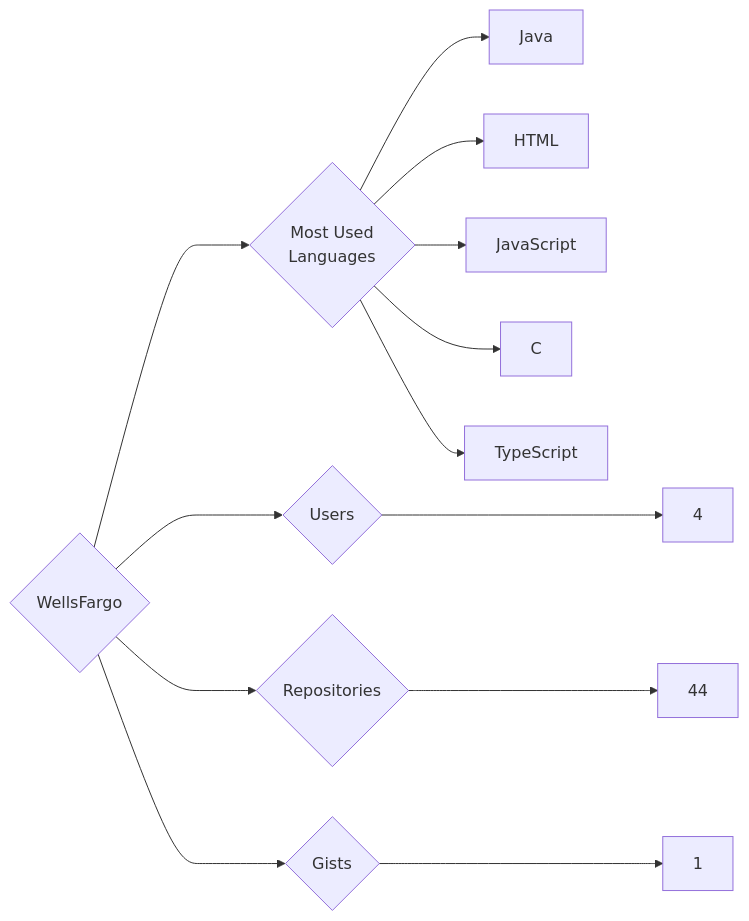
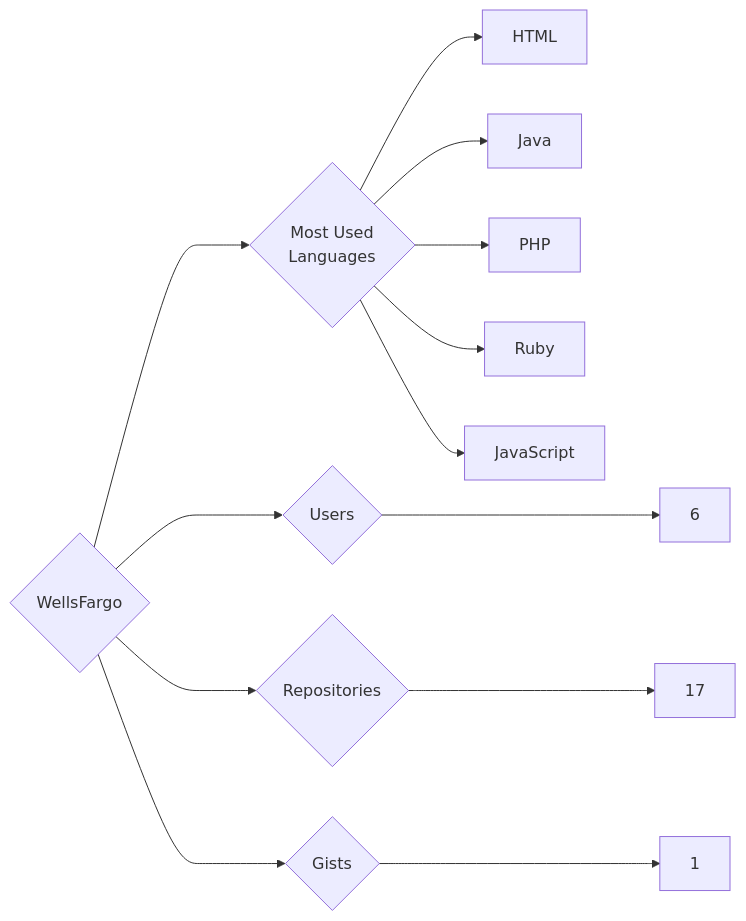
One commit to trickest/insiders changed the diagram in targets/WellsFargo/README.md. Above: the diagram before and after it, drawn with Mermaid. The commit also changed 886 other files, not shown here.

````diff
--- a/targets/WellsFargo/README.md
+++ b/targets/WellsFargo/README.md
@@ -3,13 +3,13 @@
 ```mermaid
 graph LR
 COMPANY_NAME{WellsFargo}
-COMPANY_NAME ---> U{Users} ---> UN[4]
-COMPANY_NAME ---> R{Repositories} ---> RN[44]
+COMPANY_NAME ---> U{Users} ---> UN[6]
+COMPANY_NAME ---> R{Repositories} ---> RN[17]
 COMPANY_NAME ---> G{Gists} ---> GN[1]
 COMPANY_NAME ---> ML{Most Used<br>Languages}
+ML --> HTML[HTML]
 ML --> Java[Java]
-ML --> HTML[HTML]
+ML --> PHP[PHP]
+ML --> Ruby[Ruby]
 ML --> JavaScript[JavaScript]
-ML --> C[C]
-ML --> TypeScript[TypeScript]
 ```
````
